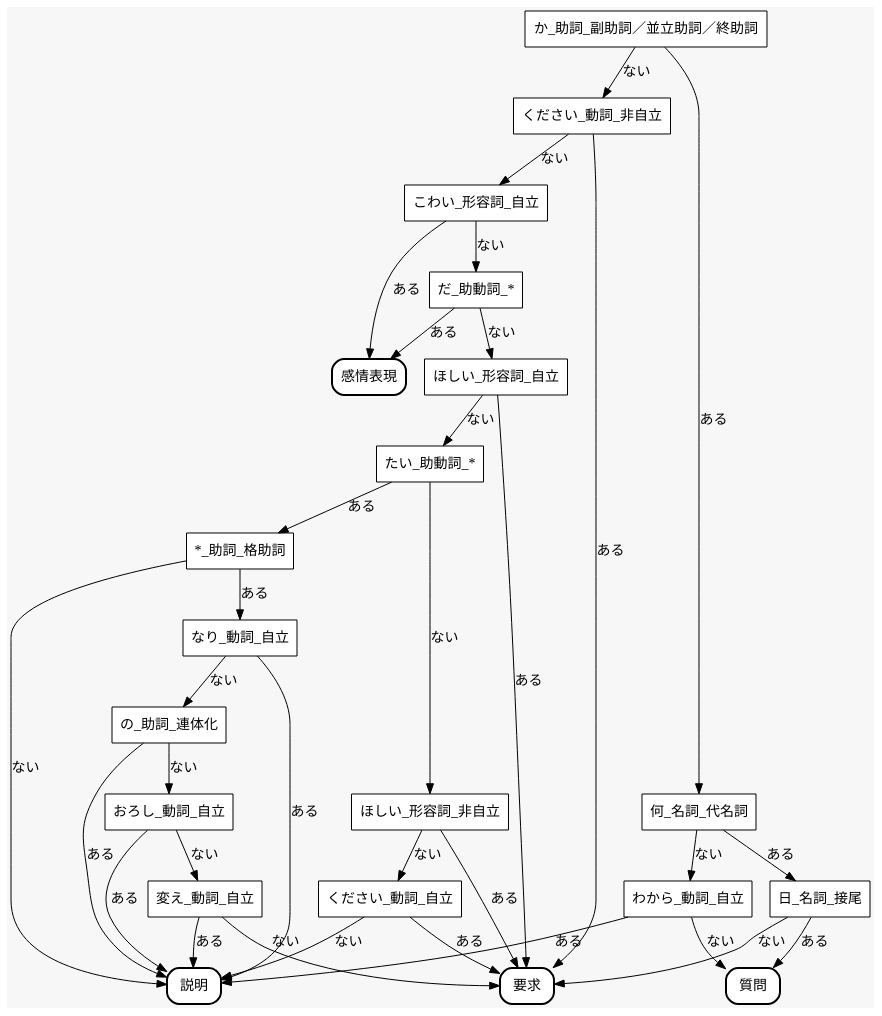
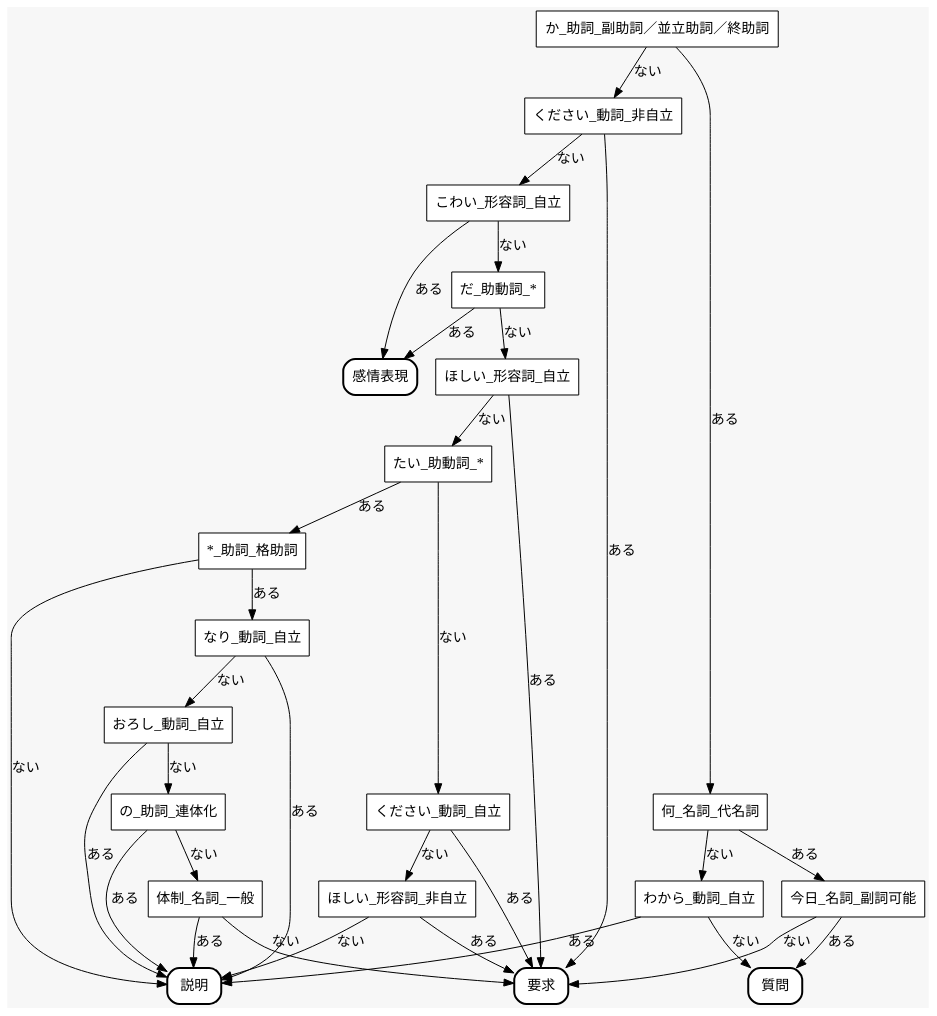
One commit to una1veritas/Workspace changed the diagram in DecisionTree/DecisionTree.gv. Above: the diagram before and after it, drawn with Graphviz. The commit also changed 9 other files, not shown here.

```diff
--- a/DecisionTree/DecisionTree.gv
+++ b/DecisionTree/DecisionTree.gv
@@ -1,70 +1,70 @@
 digraph "../DecisionTree" {
 	graph [bgcolor="#f7f7f7" encoding="utf-8" fontsize=18]
 	node [fillcolor=white fontname="MS Gothic" shape=box]
 	edge [fontname="MS Gothic"]
 	"か_助詞_副助詞／並立助詞／終助詞" [shape=box style="solid,filled"]
 	"ください_動詞_非自立" [shape=box style="solid,filled"]
 	"こわい_形容詞_自立" [shape=box style="solid,filled"]
 	"だ_助動詞_*" [shape=box style="solid,filled"]
 	"ほしい_形容詞_自立" [shape=box style="solid,filled"]
 	"たい_助動詞_*" [shape=box style="solid,filled"]
+	"ください_動詞_自立" [shape=box style="solid,filled"]
 	"ほしい_形容詞_非自立" [shape=box style="solid,filled"]
-	"ください_動詞_自立" [shape=box style="solid,filled"]
 	"説明" [shape=box style="solid,filled,bold,rounded"]
 	"要求" [shape=box style="solid,filled,bold,rounded"]
 	"要求" [shape=box style="solid,filled,bold,rounded"]
 	"*_助詞_格助詞" [shape=box style="solid,filled"]
 	"説明" [shape=box style="solid,filled,bold,rounded"]
 	"なり_動詞_自立" [shape=box style="solid,filled"]
+	"おろし_動詞_自立" [shape=box style="solid,filled"]
 	"の_助詞_連体化" [shape=box style="solid,filled"]
-	"おろし_動詞_自立" [shape=box style="solid,filled"]
-	"変え_動詞_自立" [shape=box style="solid,filled"]
+	"体制_名詞_一般" [shape=box style="solid,filled"]
 	"要求" [shape=box style="solid,filled,bold,rounded"]
 	"説明" [shape=box style="solid,filled,bold,rounded"]
 	"説明" [shape=box style="solid,filled,bold,rounded"]
 	"説明" [shape=box style="solid,filled,bold,rounded"]
 	"説明" [shape=box style="solid,filled,bold,rounded"]
 	"要求" [shape=box style="solid,filled,bold,rounded"]
 	"感情表現" [shape=box style="solid,filled,bold,rounded"]
 	"感情表現" [shape=box style="solid,filled,bold,rounded"]
 	"要求" [shape=box style="solid,filled,bold,rounded"]
 	"何_名詞_代名詞" [shape=box style="solid,filled"]
 	"わから_動詞_自立" [shape=box style="solid,filled"]
 	"質問" [shape=box style="solid,filled,bold,rounded"]
 	"説明" [shape=box style="solid,filled,bold,rounded"]
-	"日_名詞_接尾" [shape=box style="solid,filled"]
+	"今日_名詞_副詞可能" [shape=box style="solid,filled"]
 	"要求" [shape=box style="solid,filled,bold,rounded"]
 	"質問" [shape=box style="solid,filled,bold,rounded"]
 	"か_助詞_副助詞／並立助詞／終助詞" -> "ください_動詞_非自立" [label="ない" arrowhead=normal]
 	"ください_動詞_非自立" -> "こわい_形容詞_自立" [label="ない" arrowhead=normal]
 	"こわい_形容詞_自立" -> "だ_助動詞_*" [label="ない" arrowhead=normal]
 	"だ_助動詞_*" -> "ほしい_形容詞_自立" [label="ない" arrowhead=normal]
 	"ほしい_形容詞_自立" -> "たい_助動詞_*" [label="ない" arrowhead=normal]
-	"たい_助動詞_*" -> "ほしい_形容詞_非自立" [label="ない" arrowhead=normal]
-	"ほしい_形容詞_非自立" -> "ください_動詞_自立" [label="ない" arrowhead=normal]
-	"ください_動詞_自立" -> "説明" [label="ない" arrowhead=normal]
+	"たい_助動詞_*" -> "ください_動詞_自立" [label="ない" arrowhead=normal]
+	"ください_動詞_自立" -> "ほしい_形容詞_非自立" [label="ない" arrowhead=normal]
+	"ほしい_形容詞_非自立" -> "説明" [label="ない" arrowhead=normal]
+	"ほしい_形容詞_非自立" -> "要求" [label="ある" arrowhead=normal]
 	"ください_動詞_自立" -> "要求" [label="ある" arrowhead=normal]
-	"ほしい_形容詞_非自立" -> "要求" [label="ある" arrowhead=normal]
 	"たい_助動詞_*" -> "*_助詞_格助詞" [label="ある" arrowhead=normal]
 	"*_助詞_格助詞" -> "説明" [label="ない" arrowhead=normal]
 	"*_助詞_格助詞" -> "なり_動詞_自立" [label="ある" arrowhead=normal]
-	"なり_動詞_自立" -> "の_助詞_連体化" [label="ない" arrowhead=normal]
-	"の_助詞_連体化" -> "おろし_動詞_自立" [label="ない" arrowhead=normal]
-	"おろし_動詞_自立" -> "変え_動詞_自立" [label="ない" arrowhead=normal]
-	"変え_動詞_自立" -> "要求" [label="ない" arrowhead=normal]
-	"変え_動詞_自立" -> "説明" [label="ある" arrowhead=normal]
+	"なり_動詞_自立" -> "おろし_動詞_自立" [label="ない" arrowhead=normal]
+	"おろし_動詞_自立" -> "の_助詞_連体化" [label="ない" arrowhead=normal]
+	"の_助詞_連体化" -> "体制_名詞_一般" [label="ない" arrowhead=normal]
+	"体制_名詞_一般" -> "要求" [label="ない" arrowhead=normal]
+	"体制_名詞_一般" -> "説明" [label="ある" arrowhead=normal]
+	"の_助詞_連体化" -> "説明" [label="ある" arrowhead=normal]
 	"おろし_動詞_自立" -> "説明" [label="ある" arrowhead=normal]
-	"の_助詞_連体化" -> "説明" [label="ある" arrowhead=normal]
 	"なり_動詞_自立" -> "説明" [label="ある" arrowhead=normal]
 	"ほしい_形容詞_自立" -> "要求" [label="ある" arrowhead=normal]
 	"だ_助動詞_*" -> "感情表現" [label="ある" arrowhead=normal]
 	"こわい_形容詞_自立" -> "感情表現" [label="ある" arrowhead=normal]
 	"ください_動詞_非自立" -> "要求" [label="ある" arrowhead=normal]
 	"か_助詞_副助詞／並立助詞／終助詞" -> "何_名詞_代名詞" [label="ある" arrowhead=normal]
 	"何_名詞_代名詞" -> "わから_動詞_自立" [label="ない" arrowhead=normal]
 	"わから_動詞_自立" -> "質問" [label="ない" arrowhead=normal]
 	"わから_動詞_自立" -> "説明" [label="ある" arrowhead=normal]
-	"何_名詞_代名詞" -> "日_名詞_接尾" [label="ある" arrowhead=normal]
-	"日_名詞_接尾" -> "要求" [label="ない" arrowhead=normal]
-	"日_名詞_接尾" -> "質問" [label="ある" arrowhead=normal]
+	"何_名詞_代名詞" -> "今日_名詞_副詞可能" [label="ある" arrowhead=normal]
+	"今日_名詞_副詞可能" -> "要求" [label="ない" arrowhead=normal]
+	"今日_名詞_副詞可能" -> "質問" [label="ある" arrowhead=normal]
 }
```
